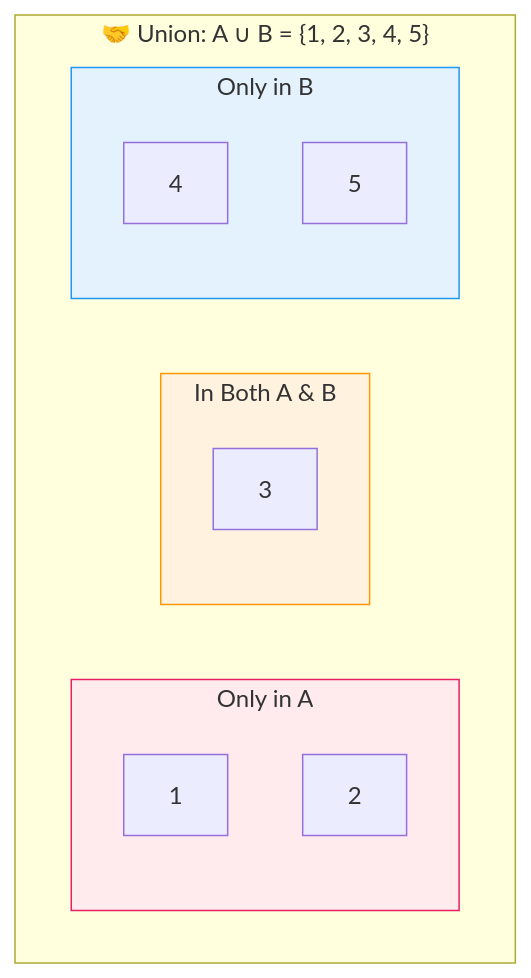
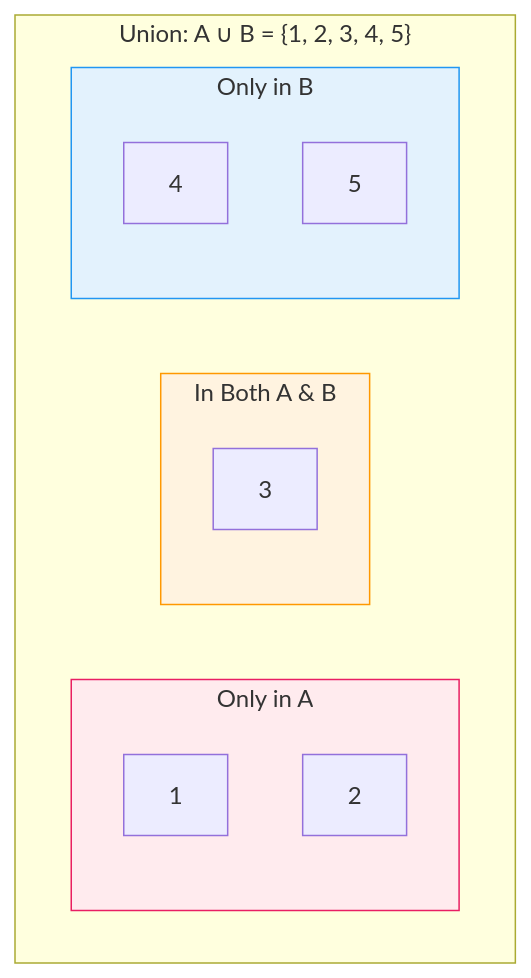
The third of 6 diagrams in Year_1/Semester_2/DISCREET_MATHEMATICS/Lectures/2_Operations & Venn Diagrams.md (PanagopoulosNikolaos/DitOpenNotes), drawn with Mermaid before and after one commit. The commit also changed other lines of this file and 24 other files, not shown here.

````diff
--- a/Year_1/Semester_2/DISCREET_MATHEMATICS/Lectures/2_Operations & Venn Diagrams.md
+++ b/Year_1/Semester_2/DISCREET_MATHEMATICS/Lectures/2_Operations & Venn Diagrams.md
@@ -75,22 +75,22 @@
 ```mermaid
 graph TD
-    subgraph Result ["🤝 Union: A ∪ B = {1, 2, 3, 4, 5}"]
+    subgraph Result [" Union: A ∪ B = {1, 2, 3, 4, 5}"]
         subgraph OnlyA ["Only in A"]
             style OnlyA fill:#ffebee,stroke:#e91e63
             ua1[1]
             ua2[2]
         end
         
         subgraph Both ["In Both A & B"]
             style Both fill:#fff3e0,stroke:#ff9800
             ub3[3]
         end
         
         subgraph OnlyB ["Only in B"]
             style OnlyB fill:#e3f2fd,stroke:#2196f3
             ub4[4]
             ub5[5]
         end
     end
 
 ```
````
